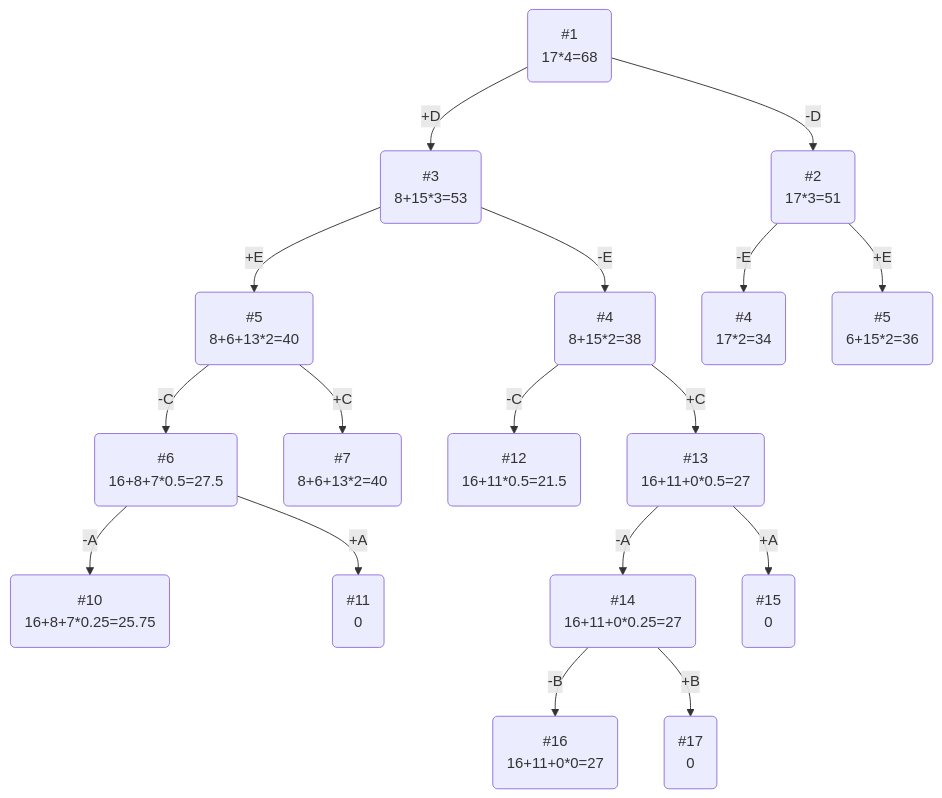
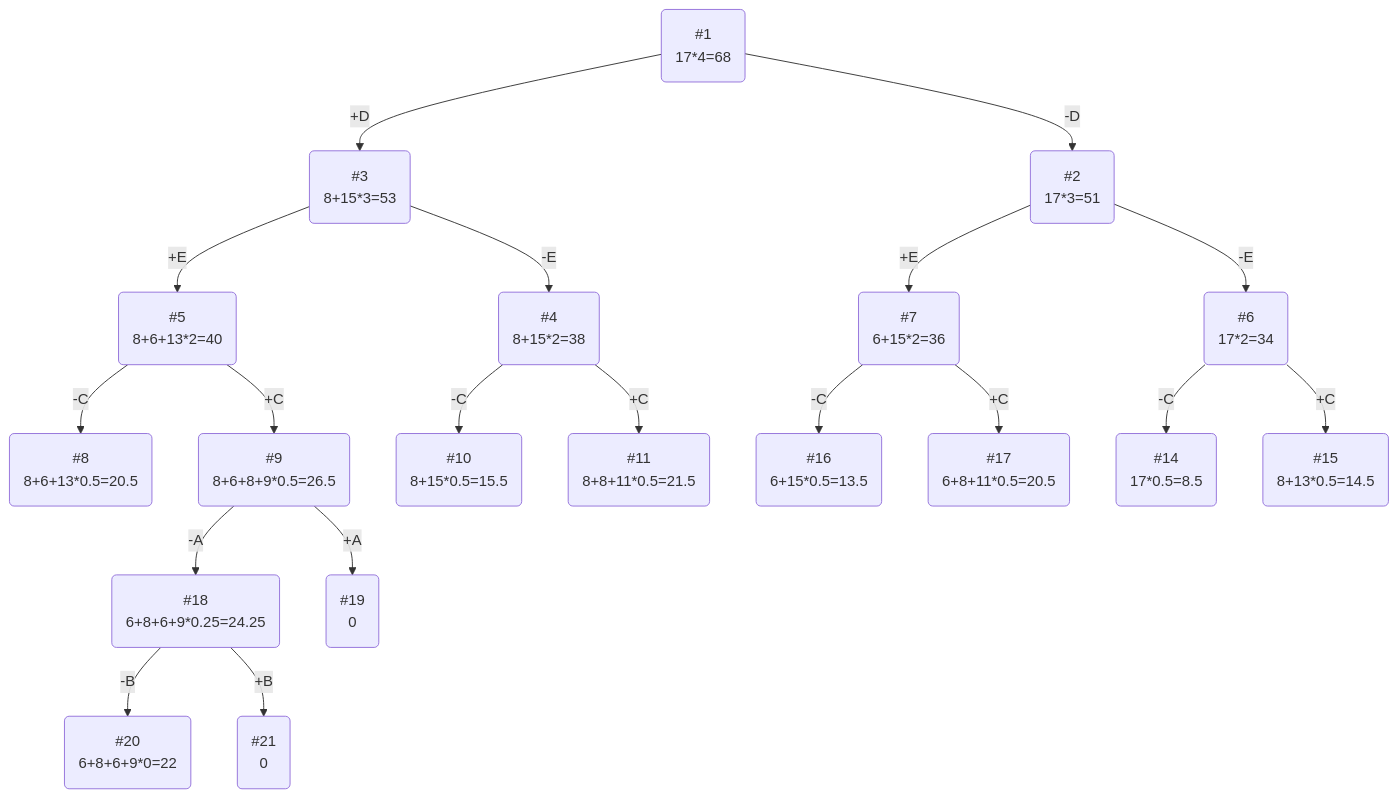
The diagram in task_19/Mongolian_tomatoes.md (HSE-algo-23-crow/manual_tasks), drawn with Mermaid before and after one commit. The commit also changed other lines of this file, not shown here.

````diff
--- a/task_19/Mongolian_tomatoes.md
+++ b/task_19/Mongolian_tomatoes.md
@@ -39,19 +39,22 @@
 ```mermaid
 graph TB
     1(#1\n17*4=68)-->|-D|2(#2\n17*3=51)
     1-->|+D|3(#3\n8+15*3=53)
     3-->|-E|4(#4\n8+15*2=38)
     3-->|+E|5(#5\n8+6+13*2=40)
-    5-->|-C|6(#6\n16+8+7*0.5=27.5)
-    5-->|+C|7(#7\n8+6+13*2=40)
-    2-->|-E|8(#4\n17*2=34)
-    2-->|+E|9(#5\n6+15*2=36)
-    6-->|-A|10(#10\n16+8+7*0.25=25.75)
-    6-->|+A|11(#11\n0)
-    4-->|-C|12(#12\n16+11*0.5=21.5)
-    4-->|+C|13(#13\n16+11+0*0.5=27)
-    13-->|-A|14(#14\n16+11+0*0.25=27)
-    13-->|+A|15(#15\n0)
-    14-->|-B|16(#16\n16+11+0*0=27)
-    14-->|+B|17(#17\n0)
+    5-->|-C|6(#8\n8+6+13*0.5=20.5)
+    5-->|+C|7(#9\n8+6+8+9*0.5=26.5)
+    2-->|-E|8(#6\n17*2=34)
+    2-->|+E|9(#7\n6+15*2=36)
+    4-->|-C|12(#10\n8+15*0.5=15.5)
+    4-->|+C|13(#11\n8+8+11*0.5=21.5)
+    8-->|-C|16(#14\n17*0.5=8.5)
+    8-->|+C|17(#15\n8+13*0.5=14.5)
+    9-->|-C|14(#16\n6+15*0.5=13.5)
+    9-->|+C|15(#17\n6+8+11*0.5=20.5)
+    7-->|-A|18(#18\n6+8+6+9*0.25=24.25)
+    7-->|+A|19(#19\n0)
+    18-->|-B|20(#20\n6+8+6+9*0=22)
+    18-->|+B|21(#21\n0)
+
 ```
````
